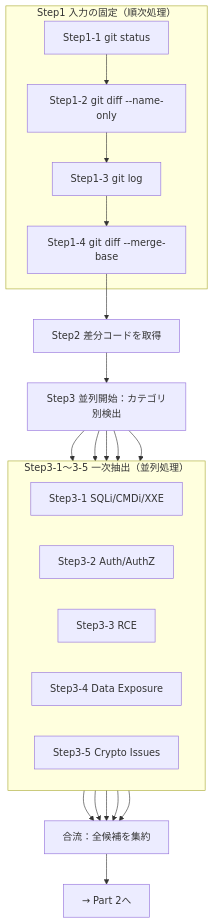
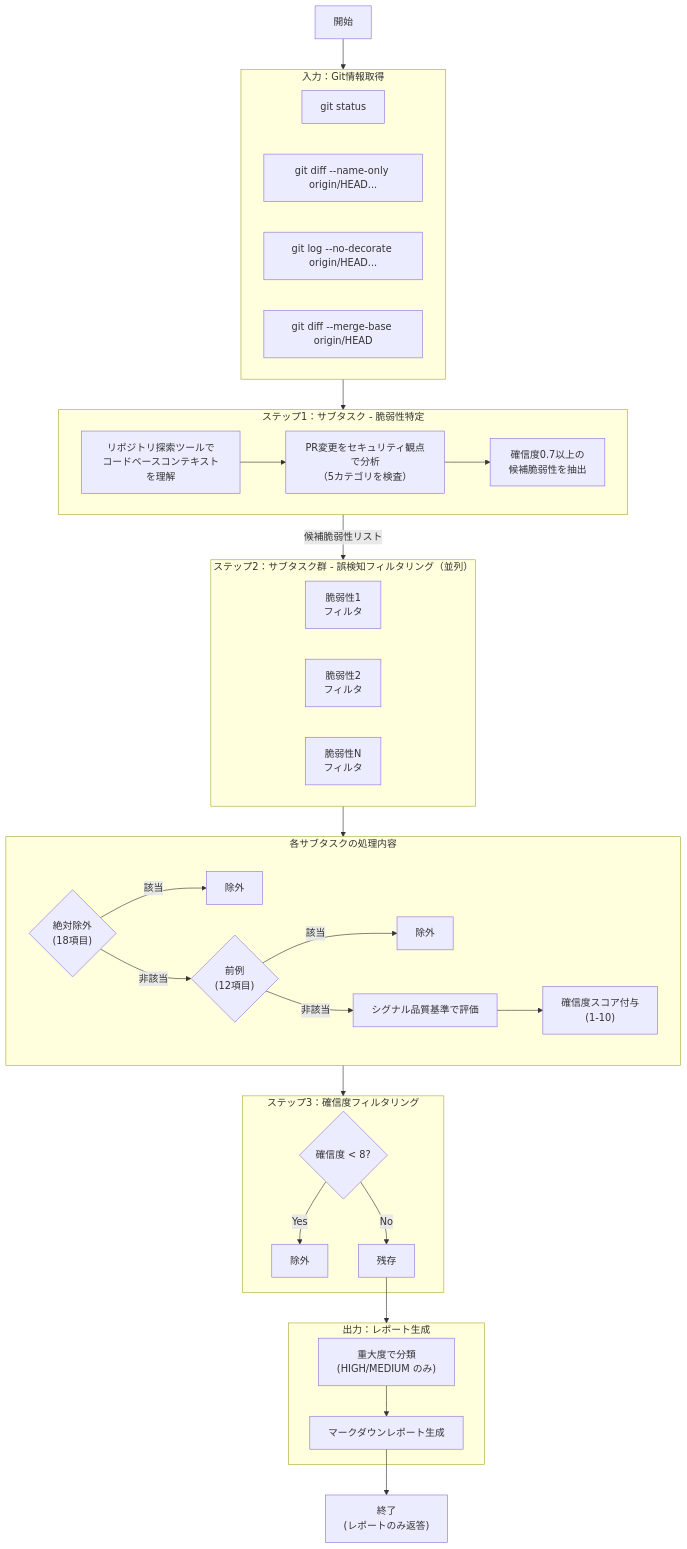
One commit to hironori-maruoka/zenn-express changed the diagram in articles/claude-code-security-review.md. Above: the diagram before and after it, drawn with Mermaid. The commit also changed other lines of this file, not shown here.

````diff
--- a/articles/claude-code-security-review.md
+++ b/articles/claude-code-security-review.md
@@ -159,35 +268,56 @@
 ```mermaid
 flowchart TD
-    subgraph Input["Step1 入力の固定（順次処理）"]
-        A["Step1-1 git status"] --> B["Step1-2 git diff --name-only"]
-        B --> C["Step1-3 git log"]
-        C --> D["Step1-4 git diff --merge-base"]
+    Start["開始"] --> Input
+
+    subgraph Input["入力：Git情報取得"]
+        G1["git status"]
+        G2["git diff --name-only origin/HEAD..."]
+        G3["git log --no-decorate origin/HEAD..."]
+        G4["git diff --merge-base origin/HEAD"]
     end
 
-    D --> E["Step2 差分コードを取得"]
-    
-    E --> FORK1["Step3 並列開始：カテゴリ別検出"]
-    
-    subgraph Detection["Step3-1〜3-5 一次抽出（並列処理）"]
+    Input --> Step1
+
+    subgraph Step1["ステップ1：サブタスク - 脆弱性特定"]
+        S1A["リポジトリ探索ツールで\nコードベースコンテキストを理解"]
+        S1A --> S1B["PR変更をセキュリティ観点で分析\n（5カテゴリを検査）"]
+        S1B --> S1C["確信度0.7以上の\n候補脆弱性を抽出"]
+    end
+
+    Step1 -->|"候補脆弱性リスト"| Step2
+
+    subgraph Step2["ステップ2：サブタスク群 - 誤検知フィルタリング（並列）"]
         direction LR
-        D1["Step3-1 SQLi/CMDi/XXE"]
-        D2["Step3-2 Auth/AuthZ"]
-        D3["Step3-3 RCE"]
-        D4["Step3-4 Data Exposure"]
-        D5["Step3-5 Crypto Issues"]
+        F1["脆弱性1\nフィルタ"]
+        F2["脆弱性2\nフィルタ"]
+        FN["脆弱性N\nフィルタ"]
     end
-    
-    FORK1 --> D1
-    FORK1 --> D2
-    FORK1 --> D3
-    FORK1 --> D4
-    FORK1 --> D5
-    
-    D1 --> JOIN1["合流：全候補を集約"]
-    D2 --> JOIN1
-    D3 --> JOIN1
-    D4 --> JOIN1
-    D5 --> JOIN1
-    
-    JOIN1 --> NEXT["→ Part 2へ"]
+
+    Step2 --> Step2Detail
+
+    subgraph Step2Detail["各サブタスクの処理内容"]
+        D1{"絶対除外\n(18項目)"}
+        D1 -->|該当| X1["除外"]
+        D1 -->|非該当| D2{"前例\n(12項目)"}
+        D2 -->|該当| X2["除外"]
+        D2 -->|非該当| D3["シグナル品質基準で評価"]
+        D3 --> D4["確信度スコア付与\n(1-10)"]
+    end
+
+    Step2Detail --> Step3
+
+    subgraph Step3["ステップ3：確信度フィルタリング"]
+        C1{"確信度 < 8?"}
+        C1 -->|Yes| X3["除外"]
+        C1 -->|No| C2["残存"]
+    end
+
+    C2 --> Output
+
+    subgraph Output["出力：レポート生成"]
+        O1["重大度で分類\n(HIGH/MEDIUM のみ)"]
+        O1 --> O2["マークダウンレポート生成"]
+    end
+
+    O2 --> End["終了\n(レポートのみ返答)"]
 ```
````
